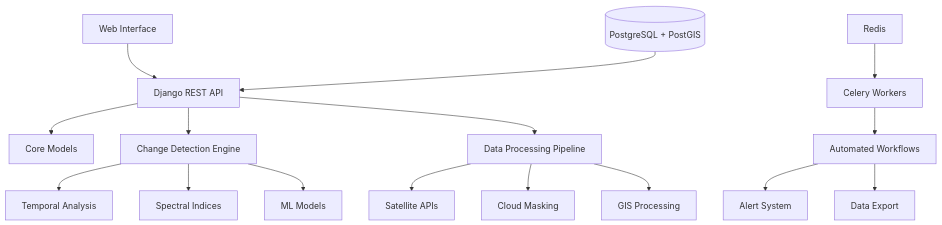
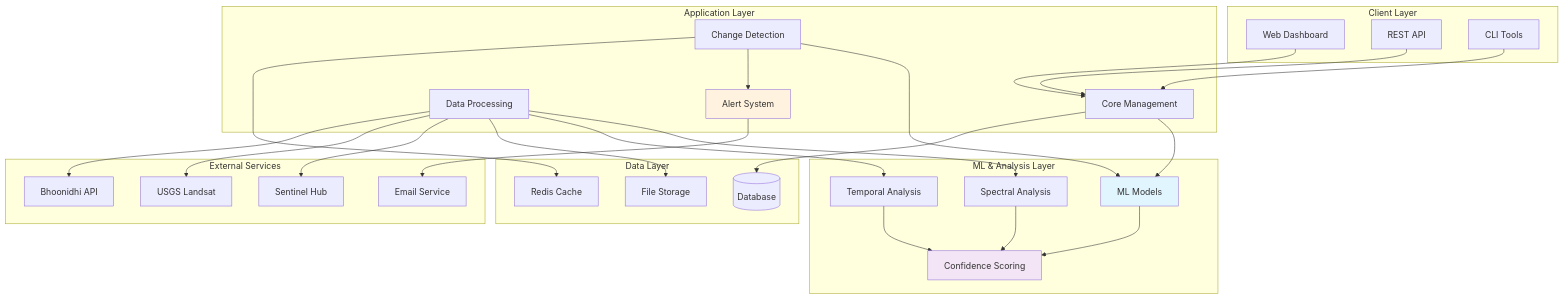
Before and after one commit to toprathamesh/robustchangedetection: the first of 2 diagrams in README.md, drawn with Mermaid. The commit also changed other lines of this file and 2 other files, not shown here.

````diff
--- a/README.md
+++ b/README.md
@@ -432,22 +89,63 @@
 ```mermaid
 graph TB
-    A[Web Interface] --> B[Django REST API]
-    B --> C[Core Models]
-    B --> D[Change Detection Engine]
-    B --> E[Data Processing Pipeline]
+    subgraph "Client Layer"
+        WEB[Web Dashboard]
+        API[REST API]
+        CLI[CLI Tools]
+    end
     
-    D --> F[Temporal Analysis]
-    D --> G[Spectral Indices]
-    D --> H[ML Models]
+    subgraph "Application Layer"
+        CORE[Core Management]
+        DETECTION[Change Detection]
+        PROCESSING[Data Processing]
+        ALERTS[Alert System]
+    end
     
-    E --> I[Satellite APIs]
-    E --> J[Cloud Masking]
-    E --> K[GIS Processing]
+    subgraph "ML & Analysis Layer"
+        ML[ML Models]
+        SPECTRAL[Spectral Analysis]
+        TEMPORAL[Temporal Analysis]
+        CONFIDENCE[Confidence Scoring]
+    end
     
-    L[Celery Workers] --> M[Automated Workflows]
-    M --> N[Alert System]
-    M --> O[Data Export]
+    subgraph "Data Layer"
+        DB[(Database)]
+        STORAGE[File Storage]
+        CACHE[Redis Cache]
+    end
     
-    P[(PostgreSQL + PostGIS)] --> B
-    Q[Redis] --> L
+    subgraph "External Services"
+        SENTINEL[Sentinel Hub]
+        LANDSAT[USGS Landsat]
+        BHOONIDHI[Bhoonidhi API]
+        EMAIL[Email Service]
+    end
+    
+    WEB --> CORE
+    API --> CORE
+    CLI --> CORE
+    
+    CORE --> ML
+    DETECTION --> ML
+    PROCESSING --> SPECTRAL
+    PROCESSING --> TEMPORAL
+    
+    ML --> CONFIDENCE
+    SPECTRAL --> CONFIDENCE
+    TEMPORAL --> CONFIDENCE
+    
+    DETECTION --> ALERTS
+    ALERTS --> EMAIL
+    
+    CORE --> DB
+    PROCESSING --> STORAGE
+    DETECTION --> CACHE
+    
+    PROCESSING --> SENTINEL
+    PROCESSING --> LANDSAT
+    PROCESSING --> BHOONIDHI
+    
+    style ML fill:#e1f5fe
+    style CONFIDENCE fill:#f3e5f5
+    style ALERTS fill:#fff3e0
 ```
````
